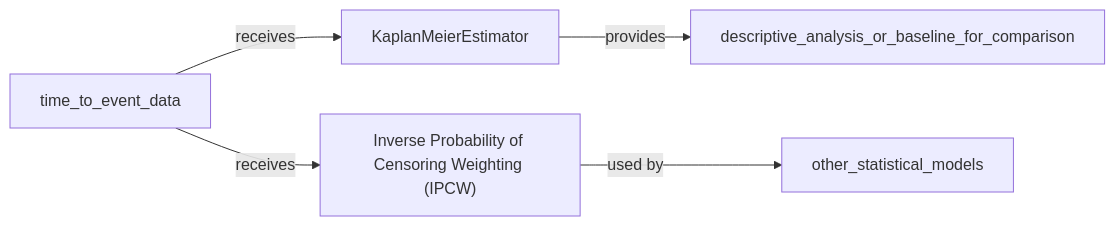
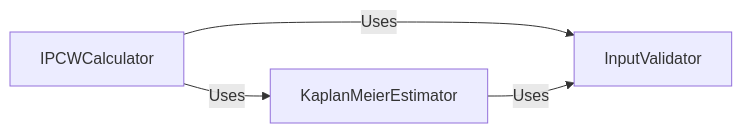
The diagram in torchsurv/Survival_Statistics.md (CodeBoarding/GeneratedOnBoardings), drawn with Mermaid before and after one commit. The commit also changed other lines of this file and 39 other files, not shown here.

````diff
--- a/torchsurv/Survival_Statistics.md
+++ b/torchsurv/Survival_Statistics.md
@@ -1,11 +1,12 @@
 ```mermaid
 graph LR
     KaplanMeierEstimator["KaplanMeierEstimator"]
-    Inverse_Probability_of_Censoring_Weighting_IPCW_["Inverse Probability of Censoring Weighting (IPCW)"]
-    time_to_event_data -- "receives" --> KaplanMeierEstimator
-    time_to_event_data -- "receives" --> Inverse_Probability_of_Censoring_Weighting_IPCW_
-    KaplanMeierEstimator -- "provides" --> descriptive_analysis_or_baseline_for_comparison
-    Inverse_Probability_of_Censoring_Weighting_IPCW_ -- "used by" --> other_statistical_models
+    IPCWCalculator["IPCWCalculator"]
+    InputValidator["InputValidator"]
+    IPCWCalculator -- "Uses" --> KaplanMeierEstimator
+    IPCWCalculator -- "Uses" --> InputValidator
+    KaplanMeierEstimator -- "Uses" --> InputValidator
     click KaplanMeierEstimator href "https://github.com/CodeBoarding/GeneratedOnBoardings/blob/main/torchsurv/KaplanMeierEstimator.md" "Details"
-    click Inverse_Probability_of_Censoring_Weighting_IPCW_ href "https://github.com/CodeBoarding/GeneratedOnBoardings/blob/main/torchsurv/Inverse_Probability_of_Censoring_Weighting_IPCW_.md" "Details"
+    click IPCWCalculator href "https://github.com/CodeBoarding/GeneratedOnBoardings/blob/main/torchsurv/IPCWCalculator.md" "Details"
+    click InputValidator href "https://github.com/CodeBoarding/GeneratedOnBoardings/blob/main/torchsurv/InputValidator.md" "Details"
 ```
````
